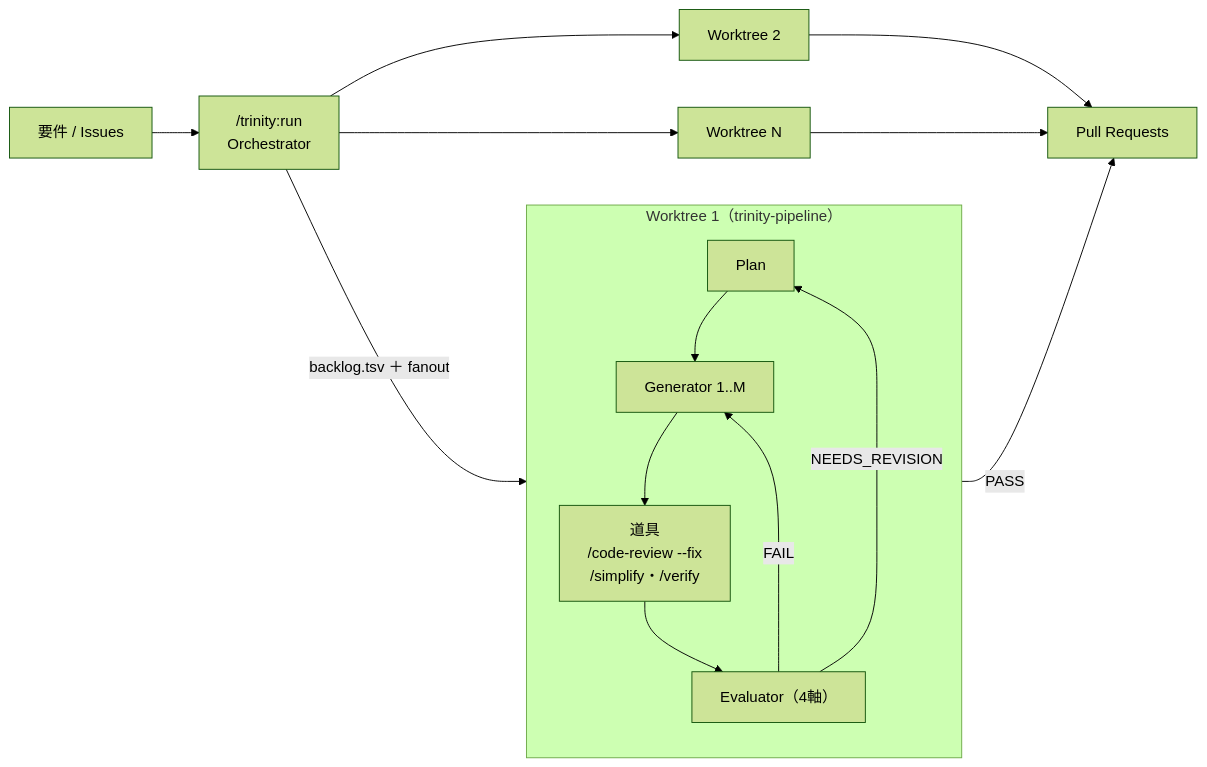
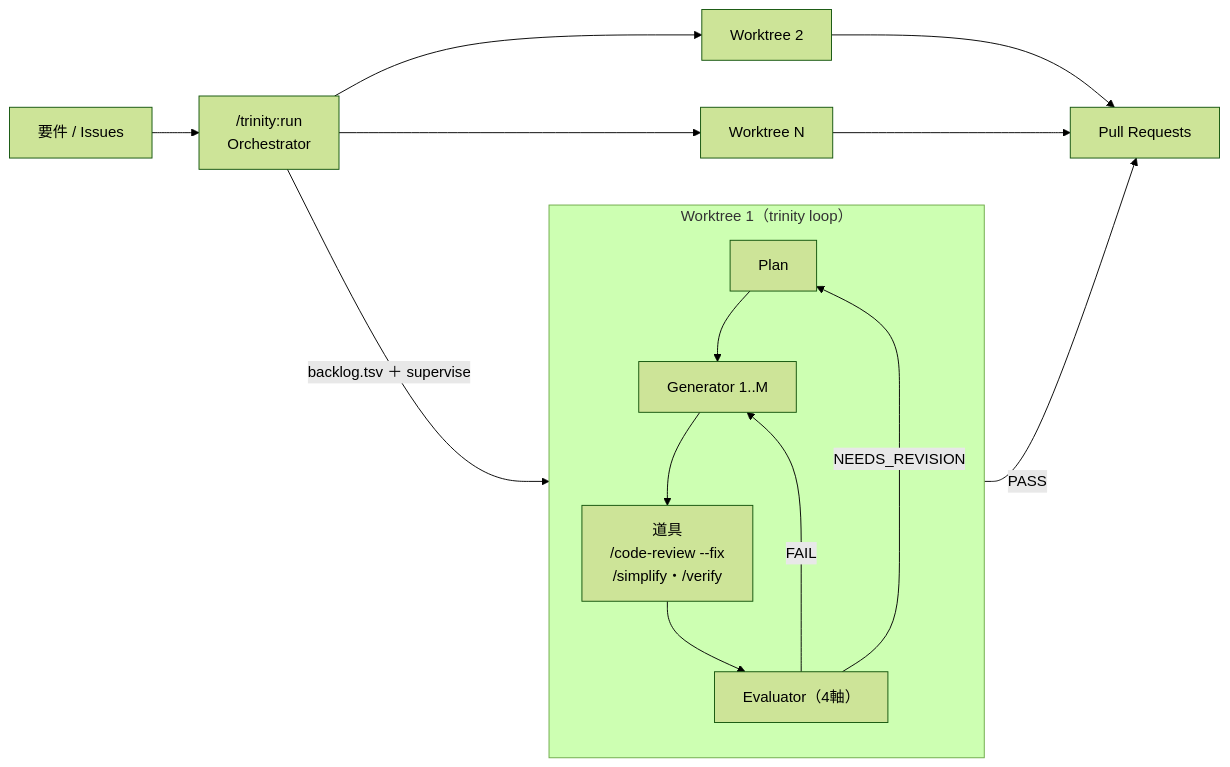
One commit to yjn279/trinity changed the diagram in README.md. Above: the diagram before and after it, drawn with Mermaid (forest theme). The commit also changed other lines of this file and 8 other files, not shown here.

````diff
--- a/README.md
+++ b/README.md
@@ -61,26 +60,26 @@
 ```mermaid
 flowchart LR
   Req["要件 / Issues"] --> Run["/trinity:run<br/>Orchestrator"]
 
-  Run -->|backlog.tsv ＋ fanout| WT1
+  Run -->|backlog.tsv ＋ supervise| WT1
   Run --> WT2
   Run --> WTN
 
-  subgraph WT1["Worktree 1（trinity-pipeline）"]
+  subgraph WT1["Worktree 1（trinity loop）"]
     direction TB
     Plan["Plan"]
     Gen["Generator 1..M"]
     Tools["道具<br/>/code-review --fix<br/>/simplify・/verify"]
     Eval["Evaluator（4軸）"]
     Plan --> Gen --> Tools --> Eval
     Eval -->|NEEDS_REVISION| Plan
     Eval -->|FAIL| Gen
   end
 
   WT2["Worktree 2"]
   WTN["Worktree N"]
 
   Eval -->|PASS| PR["Pull Requests"]
   WT2 --> PR
   WTN --> PR
 ```
````
